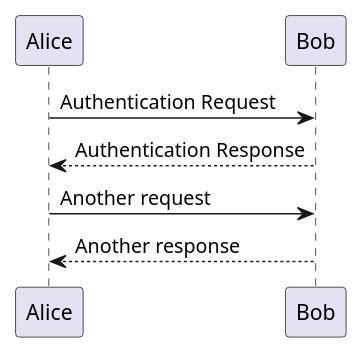
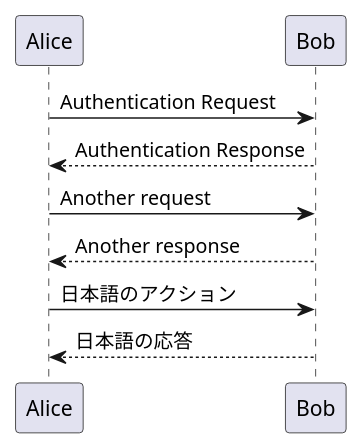
The diagram in docs/ja/diagrams/example.puml (kanamexx/adoc-template), drawn with PlantUML before and after one commit.

Commit message:
feat: Add Japanese language actions and responses to example PlantUML diagram

```diff
--- a/docs/ja/diagrams/example.puml
+++ b/docs/ja/diagrams/example.puml
@@ -1,7 +1,10 @@
 @startuml example
 Alice -> Bob: Authentication Request
 Bob --> Alice: Authentication Response
 
 Alice -> Bob: Another request
 Alice <-- Bob: Another response
+
+Alice -> Bob: 日本語のアクション
+Bob --> Alice: 日本語の応答
 @enduml
```
